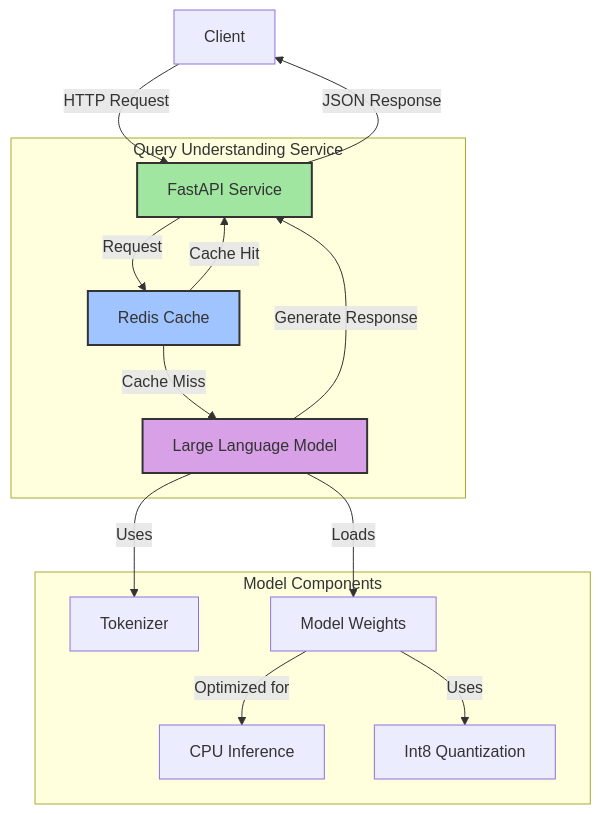
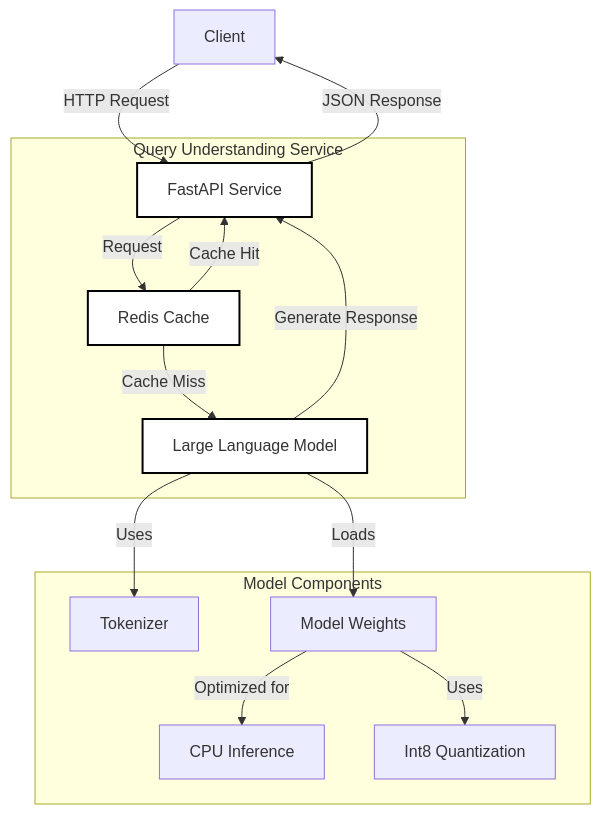
Before and after one commit to SoundMindsAI/ai_examples: the first of 5 diagrams in An_LLM_Query_Understanding_Service/README.md, drawn with Mermaid. The commit also changed other lines of this file, not shown here.

Commit message:
Update Mermaid diagrams to use white fill and black borders for consistency

````diff
--- a/An_LLM_Query_Understanding_Service/README.md
+++ b/An_LLM_Query_Understanding_Service/README.md
@@ -98,26 +98,26 @@
 ```mermaid
 graph TD
     Client[Client] -->|HTTP Request| API[FastAPI Service]
     API -->|Request| Cache[Redis Cache]
     Cache -->|Cache Hit| API
     Cache -->|Cache Miss| LLM[Large Language Model]
     LLM -->|Generate Response| API
     API -->|JSON Response| Client
     
     subgraph "Query Understanding Service"
         API
         Cache
         LLM
     end
     
     subgraph "Model Components"
         LLM -->|Uses| Tokenizer[Tokenizer]
         LLM -->|Loads| ModelWeights[Model Weights]
         ModelWeights -->|Optimized for| CPU[CPU Inference]
         ModelWeights -->|Uses| Quantization[Int8 Quantization]
     end
 
-    style LLM fill:#d8a0e6,stroke:#333,stroke-width:2px
-    style Cache fill:#a0c4ff,stroke:#333,stroke-width:2px
-    style API fill:#a0e6a0,stroke:#333,stroke-width:2px
+    style LLM fill:white,stroke:black,stroke-width:2px
+    style Cache fill:white,stroke:black,stroke-width:2px
+    style API fill:white,stroke:black,stroke-width:2px
 ```
````
